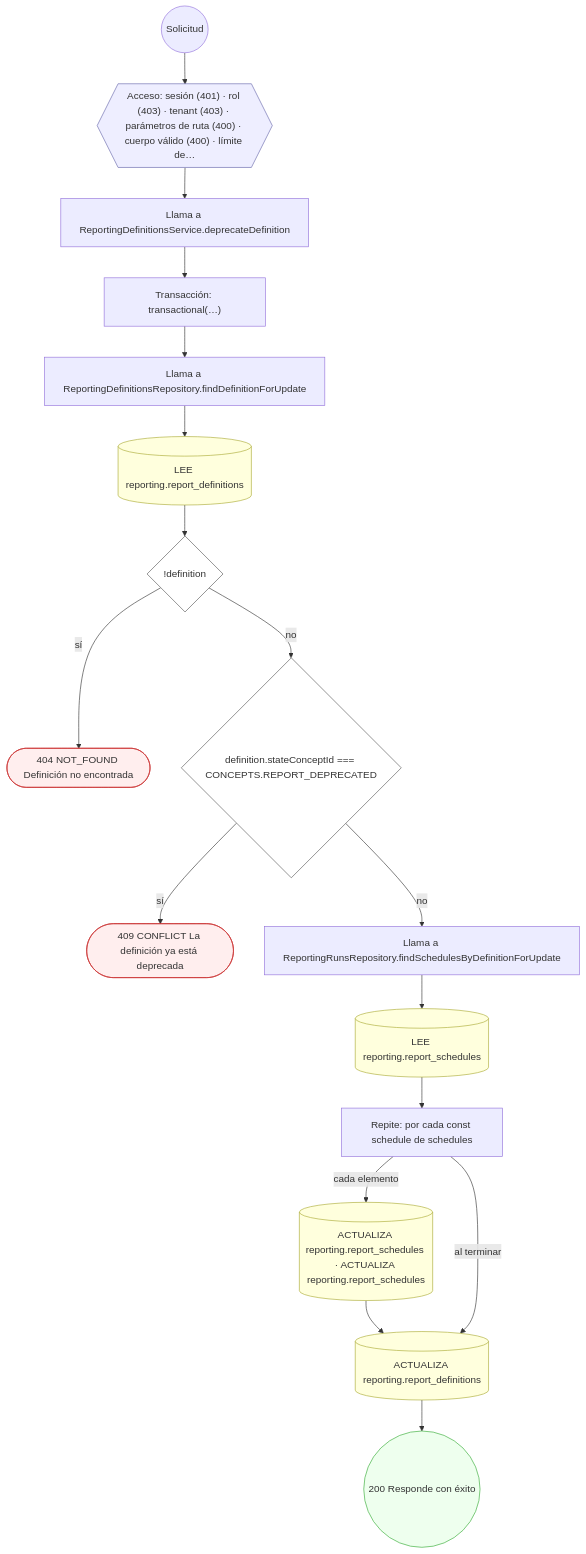
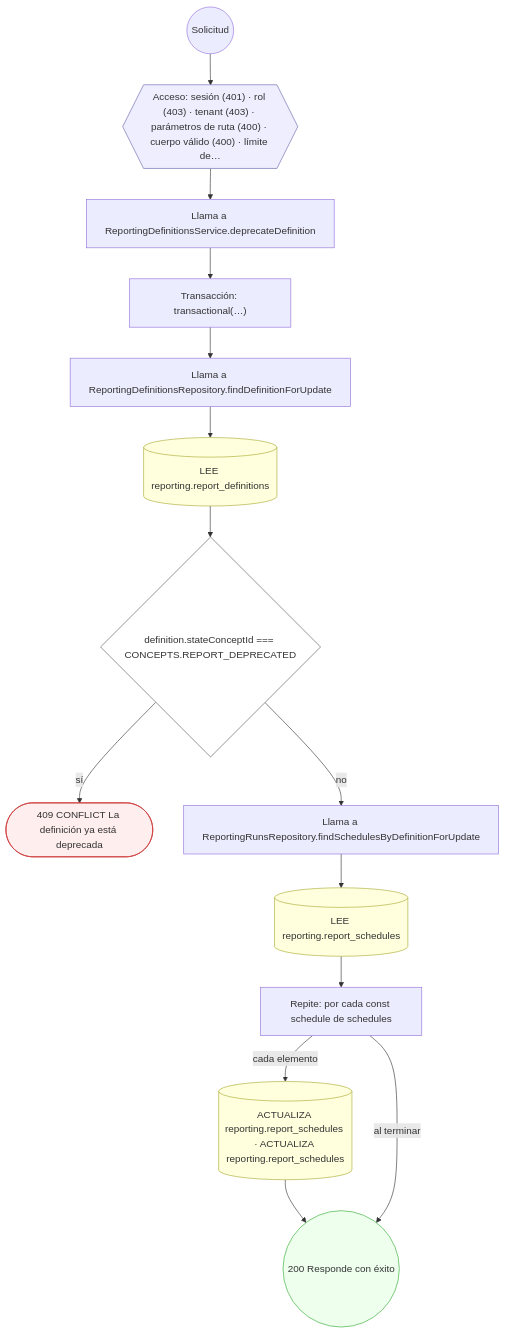
The fifth of 13 diagrams in docs/inventario/flujos/reporting.md (mdavila-2001/mantra-core-health-api), drawn with Mermaid before and after one commit. The commit also changed other lines of this file and 438 other files, not shown here.

````diff
--- a/docs/inventario/flujos/reporting.md
+++ b/docs/inventario/flujos/reporting.md
@@ -416,41 +401,35 @@
 ```mermaid
 flowchart TD
   n1(("Solicitud")):::inicio
   n2{{"Acceso: sesión (401) · rol (403) · tenant (403) · parámetros de ruta (400) · cuerpo válido (400) · límite de…"}}:::acceso
   n1 --> n2
   n3["Llama a ReportingDefinitionsService.deprecateDefinition"]:::llamada
   n2 --> n3
   n4["Transacción: transactional(…)"]:::transaccion
   n3 --> n4
   n5["Llama a ReportingDefinitionsRepository.findDefinitionForUpdate"]:::llamada
   n4 --> n5
   n6[("LEE reporting.report_definitions")]:::efecto
   n5 --> n6
-  n7{"!definition"}:::decision
+  n7{"definition.stateConceptId === CONCEPTS.REPORT_DEPRECATED"}:::decision
   n6 --> n7
-  n8(["404 NOT_FOUND Definición no encontrada"]):::error
+  n8(["409 CONFLICT La definición ya está deprecada"]):::error
   n7 -->|"sí"| n8
-  n9{"definition.stateConceptId === CONCEPTS.REPORT_DEPRECATED"}:::decision
+  n9["Llama a ReportingRunsRepository.findSchedulesByDefinitionForUpdate"]:::llamada
   n7 -->|"no"| n9
-  n10(["409 CONFLICT La definición ya está deprecada"]):::error
-  n9 -->|"sí"| n10
-  n11["Llama a ReportingRunsRepository.findSchedulesByDefinitionForUpdate"]:::llamada
-  n9 -->|"no"| n11
-  n12[("LEE reporting.report_schedules")]:::efecto
-  n11 --> n12
-  n13["Repite: por cada const schedule de schedules"]:::bucle
+  n10[("LEE reporting.report_schedules")]:::efecto
+  n9 --> n10
+  n11["Repite: por cada const schedule de schedules"]:::bucle
+  n10 --> n11
+  n12[("ACTUALIZA reporting.report_schedules · ACTUALIZA reporting.report_schedules")]:::efecto
+  n11 -->|"cada elemento"| n12
+  n13(("200 Responde con éxito")):::ok
   n12 --> n13
-  n14[("ACTUALIZA reporting.report_schedules · ACTUALIZA reporting.report_schedules")]:::efecto
-  n13 -->|"cada elemento"| n14
-  n15[("ACTUALIZA reporting.report_definitions")]:::efecto
-  n14 --> n15
-  n13 -->|"al terminar"| n15
-  n16(("200 Responde con éxito")):::ok
-  n15 --> n16
+  n11 -->|"al terminar"| n13
   classDef acceso fill:#eef,stroke:#66a
   classDef error fill:#fee,stroke:#c33
   classDef ok fill:#efe,stroke:#3a3
   classDef efecto fill:#ffd,stroke:#aa3
   classDef decision fill:#fff,stroke:#555
   classDef corte fill:#eee,stroke:#999,stroke-dasharray: 4
 ```
````
